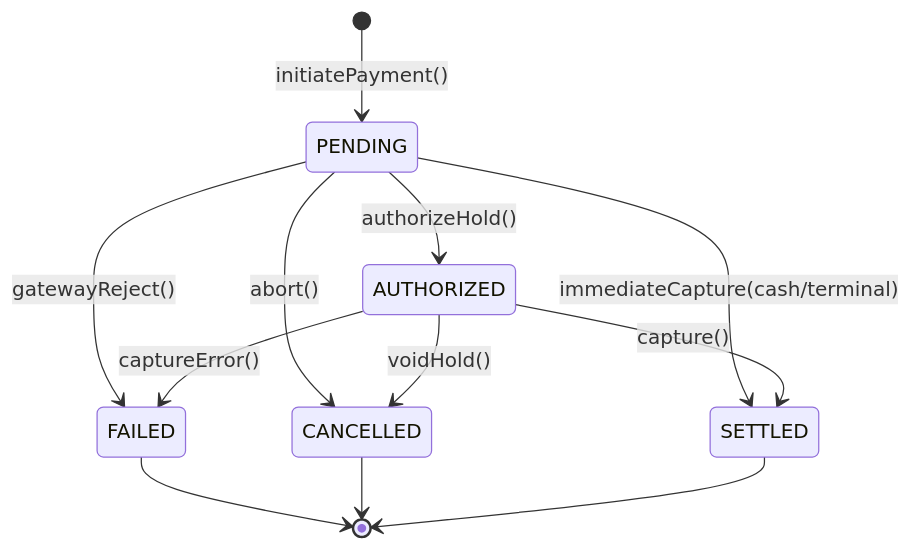
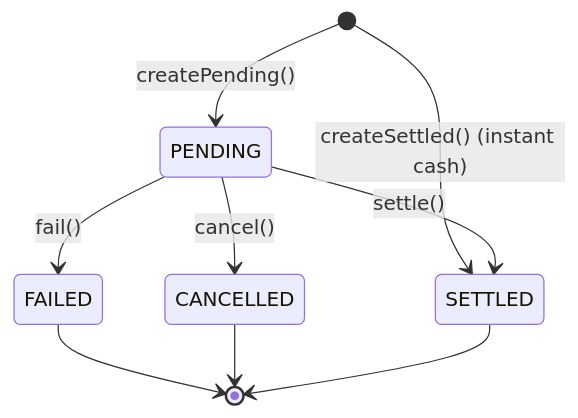
One commit to izzydin/kinergy-platform changed the third of 5 diagrams in docs/domain/sales-payments.md. Above: the diagram before and after it, drawn with Mermaid. The commit also changed other lines of this file and 10 other files, not shown here.

Commit message:
docs(sales): synchronize payment domain architecture and specifications

````diff
--- a/docs/domain/sales-payments.md
+++ b/docs/domain/sales-payments.md
@@ -575,17 +687,13 @@
 ```mermaid
 stateDiagram-v2
-    [*] --> PENDING : initiatePayment()
+    [*] --> PENDING : createPending()
+    [*] --> SETTLED : createSettled() (instant cash)
 
-    PENDING --> AUTHORIZED : authorizeHold()
-    PENDING --> SETTLED : immediateCapture(cash/terminal)
-    PENDING --> FAILED : gatewayReject()
-    PENDING --> CANCELLED : abort()
-
-    AUTHORIZED --> SETTLED : capture()
-    AUTHORIZED --> FAILED : captureError()
-    AUTHORIZED --> CANCELLED : voidHold()
+    PENDING --> SETTLED : settle()
+    PENDING --> FAILED : fail()
+    PENDING --> CANCELLED : cancel()
 
     FAILED --> [*]
     CANCELLED --> [*]
     SETTLED --> [*]
 ```
````
